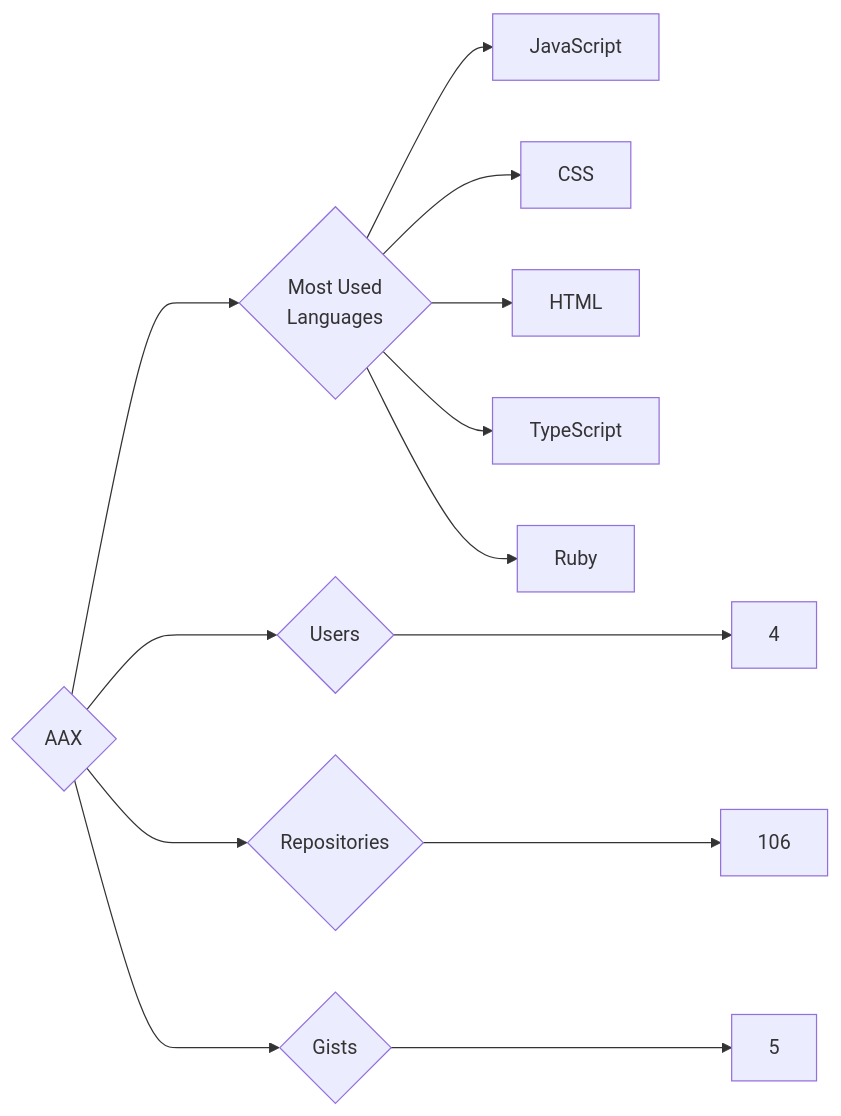
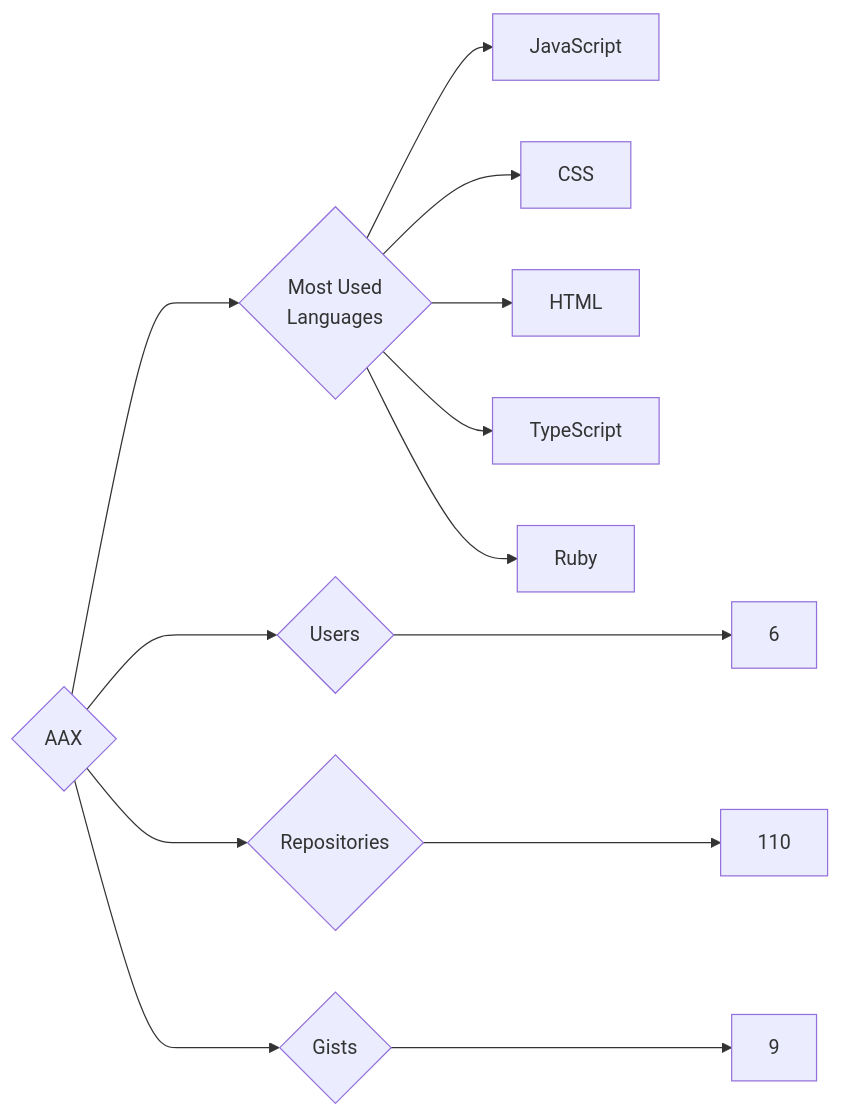
The diagram in targets/AAX/README.md (trickest/insiders), drawn with Mermaid before and after one commit. The commit also changed 1023 other files, not shown here.

````diff
--- a/targets/AAX/README.md
+++ b/targets/AAX/README.md
@@ -3,13 +3,13 @@
 ```mermaid
 graph LR
 COMPANY_NAME{AAX}
-COMPANY_NAME ---> U{Users} ---> UN[4]
-COMPANY_NAME ---> R{Repositories} ---> RN[106]
-COMPANY_NAME ---> G{Gists} ---> GN[5]
+COMPANY_NAME ---> U{Users} ---> UN[6]
+COMPANY_NAME ---> R{Repositories} ---> RN[110]
+COMPANY_NAME ---> G{Gists} ---> GN[9]
 COMPANY_NAME ---> ML{Most Used<br>Languages}
 ML --> JavaScript[JavaScript]
 ML --> CSS[CSS]
 ML --> HTML[HTML]
 ML --> TypeScript[TypeScript]
 ML --> Ruby[Ruby]
 ```
````
